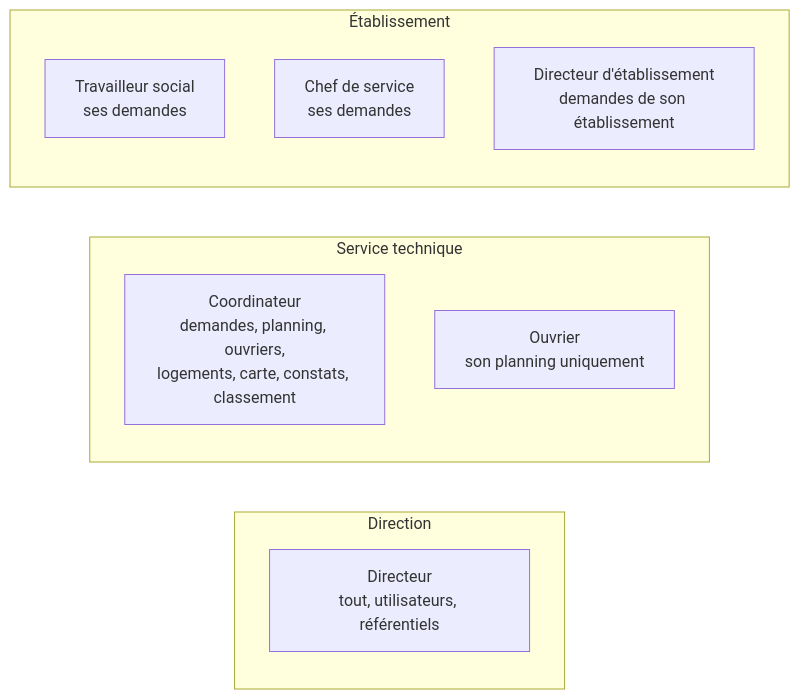
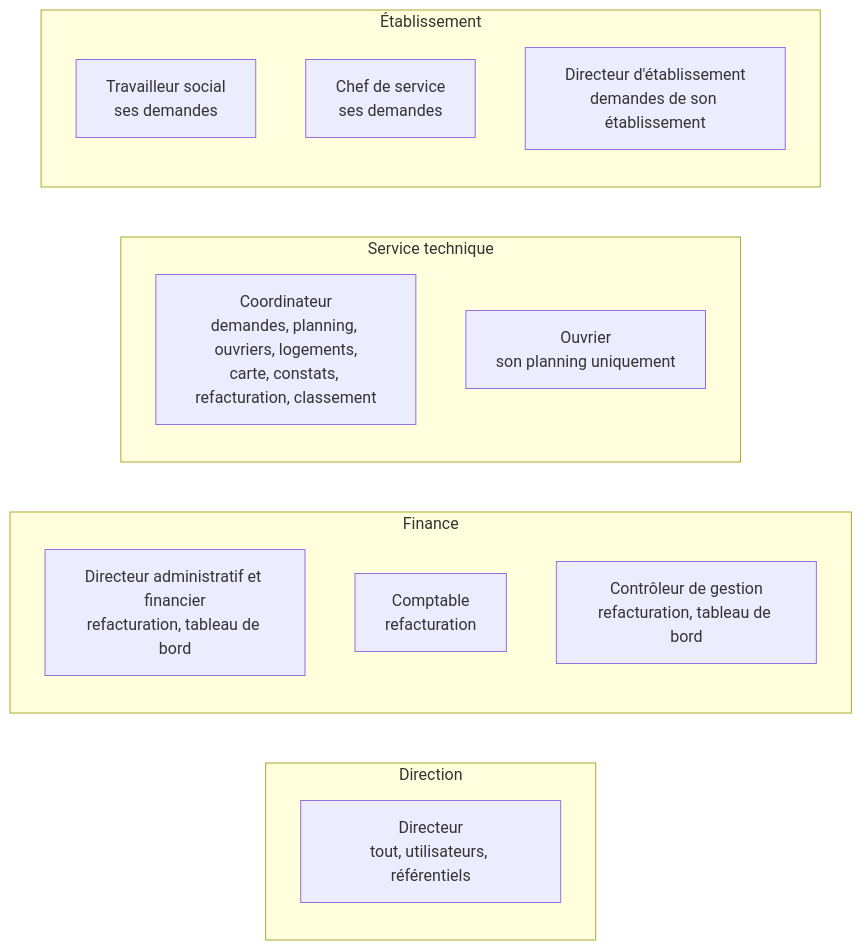
The second of 2 diagrams in docs/organigrammes/01-acces-connexion.md (Mogot77/Application_Gestion_Travaux), drawn with Mermaid before and after one commit. The commit also changed other lines of this file and 22 other files, not shown here.

Commit message:
docs: refresh flowchart images, add finance roles and billing flowcharts

````diff
--- a/docs/organigrammes/01-acces-connexion.md
+++ b/docs/organigrammes/01-acces-connexion.md
@@ -34,15 +34,20 @@
 ```mermaid
 flowchart LR
     subgraph Direction
       D[Directeur<br/>tout, utilisateurs, référentiels]
     end
+    subgraph Finance
+      DAF[Directeur administratif et financier<br/>refacturation, tableau de bord]
+      CPT[Comptable<br/>refacturation]
+      CG[Contrôleur de gestion<br/>refacturation, tableau de bord]
+    end
     subgraph Service technique
-      C[Coordinateur<br/>demandes, planning, ouvriers,<br/>logements, carte, constats, classement]
+      C[Coordinateur<br/>demandes, planning, ouvriers, logements,<br/>carte, constats, refacturation, classement]
       O[Ouvrier<br/>son planning uniquement]
     end
     subgraph Établissement
       T[Travailleur social<br/>ses demandes]
       CS[Chef de service<br/>ses demandes]
       DE[Directeur d'établissement<br/>demandes de son établissement]
     end
 ```
````
